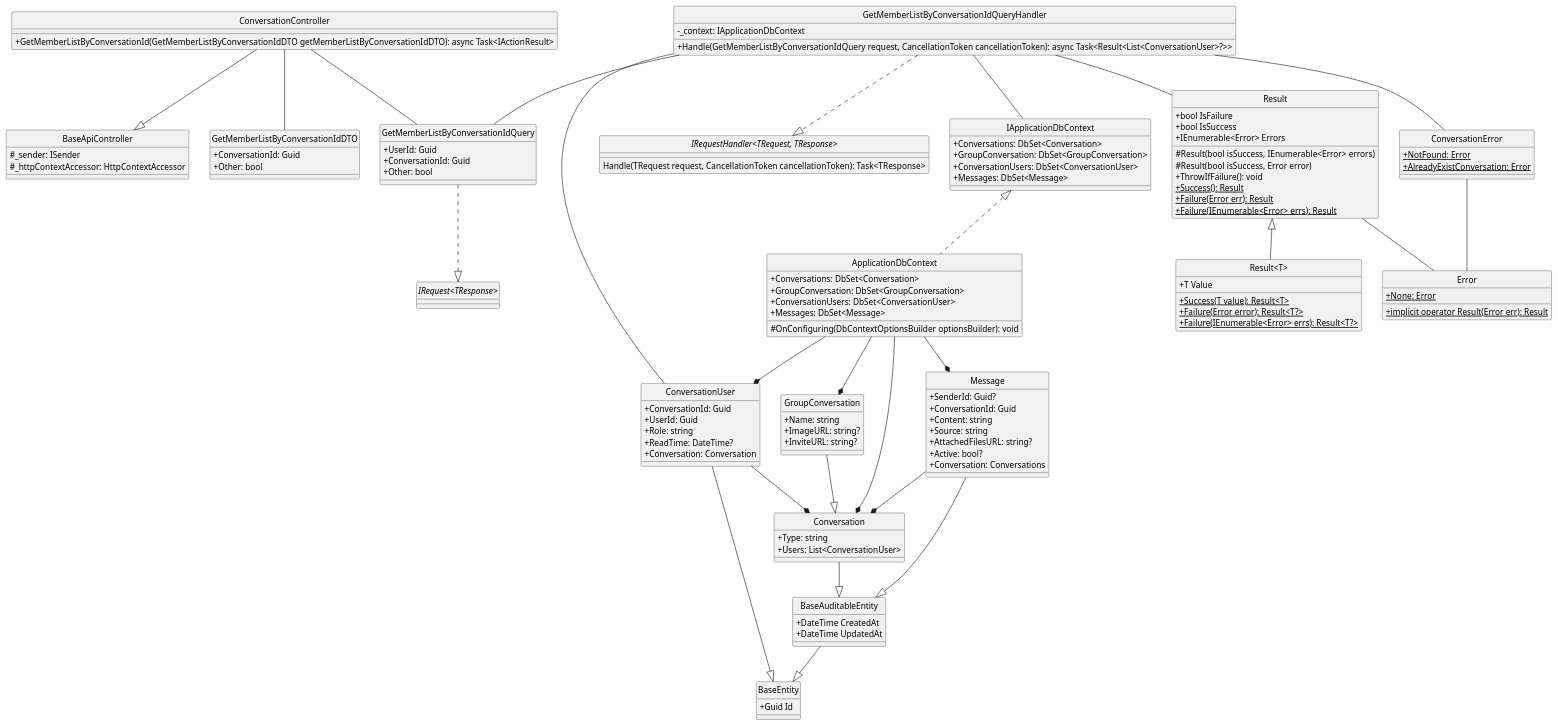
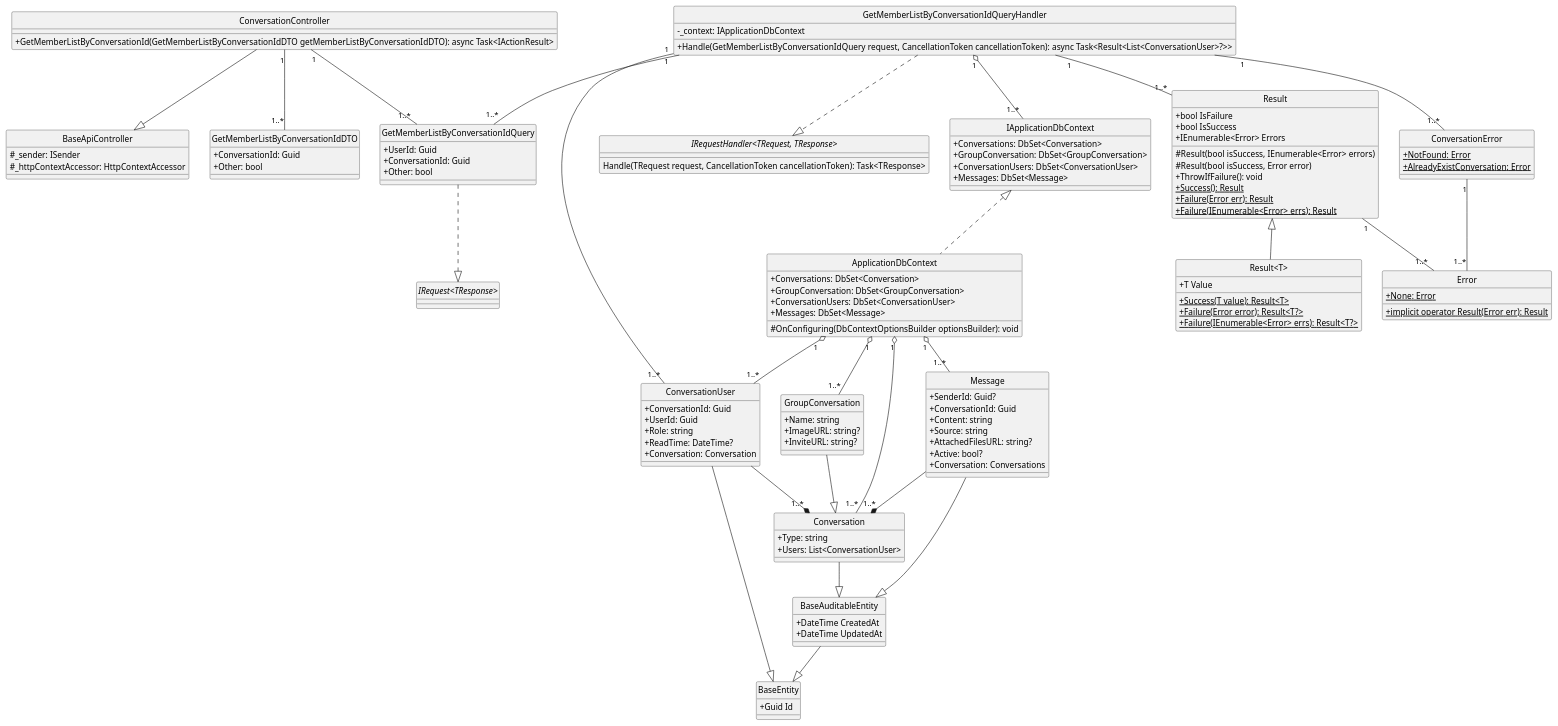
Before and after one commit to Carl-Johnsons/Chat-Application: the diagram in docs/Class Diagram/Conversation/GetMemberListByConversationId/ClassDiagram.plantuml, drawn with PlantUML. The commit also changed 5 other files, not shown here.

```diff
--- a/docs/Class Diagram/Conversation/GetMemberListByConversationId/ClassDiagram.plantuml
+++ b/docs/Class Diagram/Conversation/GetMemberListByConversationId/ClassDiagram.plantuml
@@ -1,147 +1,147 @@
-@startuml GetMemberListByConversationId
+@startuml
 hide circle
 skinparam classAttributeIconSize 0
 
 class BaseApiController {
     #_sender: ISender
     #_httpContextAccessor: HttpContextAccessor
 }
 
 class ConversationController {
     +GetMemberListByConversationId(GetMemberListByConversationIdDTO getMemberListByConversationIdDTO): async Task<IActionResult>
 }
 
 class GetMemberListByConversationIdQuery{
     +UserId: Guid
     +ConversationId: Guid
     +Other: bool
 }
 
 class GetMemberListByConversationIdQueryHandler{
     -_context: IApplicationDbContext
     +Handle(GetMemberListByConversationIdQuery request, CancellationToken cancellationToken): async Task<Result<List<ConversationUser>?>>
 }
 
 class IApplicationDbContext {
     +Conversations: DbSet<Conversation>
     +GroupConversation: DbSet<GroupConversation>
     +ConversationUsers: DbSet<ConversationUser>
     +Messages: DbSet<Message>
 }
 
 class ApplicationDbContext {
     +Conversations: DbSet<Conversation>
     +GroupConversation: DbSet<GroupConversation>
     +ConversationUsers: DbSet<ConversationUser>
     +Messages: DbSet<Message>
     #OnConfiguring(DbContextOptionsBuilder optionsBuilder): void
 }
 
 class Result {
     +bool IsFailure
     +bool IsSuccess
     +IEnumerable<Error> Errors
     #Result(bool isSuccess, IEnumerable<Error> errors)
     #Result(bool isSuccess, Error error)
     +ThrowIfFailure(): void
     {static} +Success(): Result
     {static} +Failure(Error err): Result
     {static} +Failure(IEnumerable<Error> errs): Result
 }
 
 class "Result<T>" {
     +T Value
     {static} +Success(T value): Result<T>
     {static} +Failure(Error error): Result<T?>
     {static} +Failure(IEnumerable<Error> errs): Result<T?>
 }
 
 class Error {
     {static} +None: Error
     {static} +implicit operator Result(Error err): Result
 }
 
 class GetMemberListByConversationIdDTO{
     +ConversationId: Guid
     +Other: bool
 }
 
 class ConversationError{
     {static} +NotFound: Error
     {static} +AlreadyExistConversation: Error
 }
 
 class BaseEntity {
     +Guid Id
 }
 
 class BaseAuditableEntity{
     +DateTime CreatedAt
     +DateTime UpdatedAt
 }
 
 class Conversation {
     +Type: string
     +Users: List<ConversationUser>
 }
 
 class GroupConversation {
     +Name: string
     +ImageURL: string?
     +InviteURL: string?
 }
 
 class ConversationUser {
     +ConversationId: Guid
     +UserId: Guid
     +Role: string
     +ReadTime: DateTime?
     +Conversation: Conversation
 }
 
 class Message {
     +SenderId: Guid?
     +ConversationId: Guid
     +Content: string
     +Source: string
     +AttachedFilesURL: string?
     +Active: bool?
     +Conversation: Conversations
 }
 
 interface "IRequest<TResponse>"
 interface "IRequestHandler<TRequest, TResponse>"{
     Handle(TRequest request, CancellationToken cancellationToken): Task<TResponse>
 }
 
 ConversationController --|> BaseApiController
-ConversationController -- GetMemberListByConversationIdQuery
+ConversationController "1" --"1..*" GetMemberListByConversationIdQuery
 
-ConversationController -- GetMemberListByConversationIdDTO
+ConversationController "1" --"1..*" GetMemberListByConversationIdDTO
 
 GetMemberListByConversationIdQuery ..|> "IRequest<TResponse>"
 GetMemberListByConversationIdQueryHandler ..|> "IRequestHandler<TRequest, TResponse>"
-GetMemberListByConversationIdQueryHandler -- GetMemberListByConversationIdQuery
-GetMemberListByConversationIdQueryHandler -- ConversationUser
-GetMemberListByConversationIdQueryHandler -- Result
-GetMemberListByConversationIdQueryHandler -- IApplicationDbContext
-GetMemberListByConversationIdQueryHandler -- ConversationError
+GetMemberListByConversationIdQueryHandler "1" --"1..*" GetMemberListByConversationIdQuery
+GetMemberListByConversationIdQueryHandler "1" --"1..*" ConversationUser
+GetMemberListByConversationIdQueryHandler "1" --"1..*" Result
+GetMemberListByConversationIdQueryHandler "1" o--"1..*" IApplicationDbContext
+GetMemberListByConversationIdQueryHandler "1" --"1..*" ConversationError
 
 IApplicationDbContext <|.. ApplicationDbContext
-Result -- Error
+Result "1" --"1..*" Error
 Result <|-- "Result<T>"
-ConversationError -- Error
+ConversationError "1" --"1..*" Error
 
-ApplicationDbContext --* Conversation
-ApplicationDbContext --* GroupConversation
-ApplicationDbContext --* ConversationUser
-ApplicationDbContext --* Message
+ApplicationDbContext "1" o--"1..*" Conversation
+ApplicationDbContext "1" o--"1..*" GroupConversation
+ApplicationDbContext "1" o--"1..*" ConversationUser
+ApplicationDbContext "1" o--"1..*" Message
 
 Conversation --|> BaseAuditableEntity
 GroupConversation --|> Conversation
 ConversationUser --|> BaseEntity
-ConversationUser --* Conversation
+ConversationUser --*"1..*" Conversation
 Message --|> BaseAuditableEntity
-Message --* Conversation
+Message --*"1..*" Conversation
 BaseAuditableEntity --|> BaseEntity
 @enduml
```
